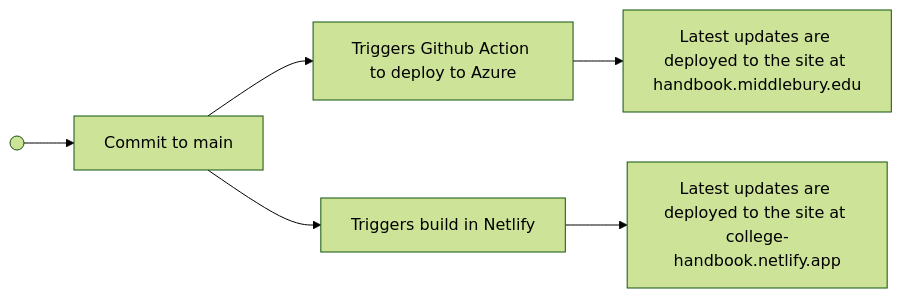
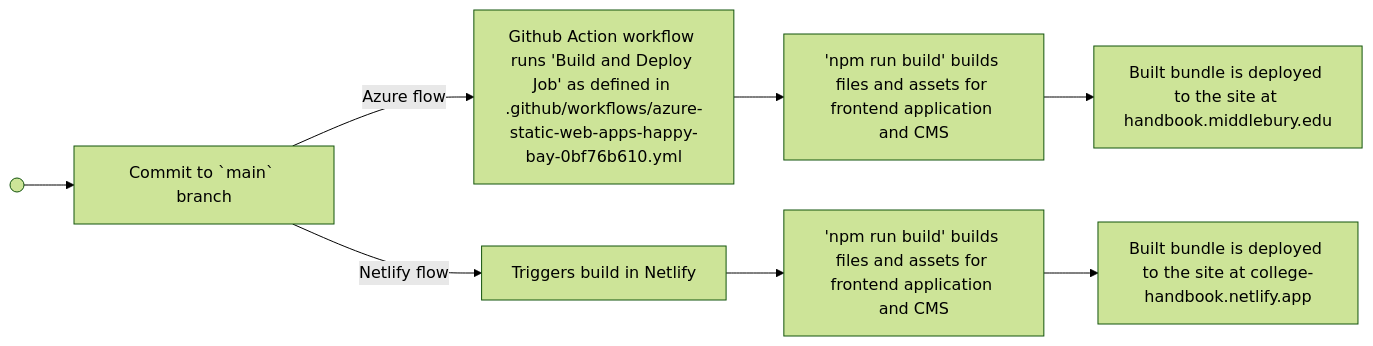
Before and after one commit to middlebury/college-handbook: the diagram in README.md, drawn with Mermaid (forest theme).

Commit message:
Revise README workflow diagram for clarity
Updated workflow diagram to clarify deployment processes for Azure and Netlify.

````diff
--- a/README.md
+++ b/README.md
@@ -54,5 +54,5 @@
 ```mermaid
 flowchart LR
-    A@{ shape: sm-circ, label: "Small start" } --> B[Commit to main] --> C[Triggers Github Action to deploy to Azure] --> D[Latest updates are deployed to the site at handbook.middlebury.edu];
-B --> E[Triggers build in Netlify] --> F[Latest updates are deployed to the site at college-handbook.netlify.app];
+    A@{ shape: sm-circ, label: "Small start" } --> B[Commit to `main` branch] -- Azure flow --> C[Github Action workflow runs 'Build and Deploy Job' as defined in .github/workflows/azure-static-web-apps-happy-bay-0bf76b610.yml] --> E['npm run build' builds files and assets for frontend application and CMS] --> F[Built bundle is deployed to the site at handbook.middlebury.edu];
+B -- Netlify flow --> G[Triggers build in Netlify] --> H['npm run build' builds files and assets for frontend application and CMS] --> I[Built bundle is deployed to the site at college-handbook.netlify.app];
 ```
````
